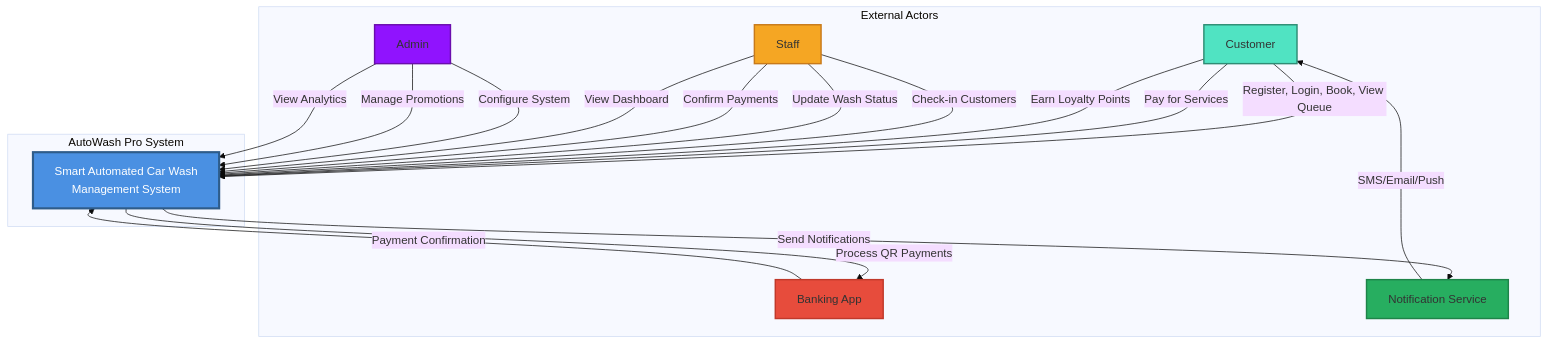
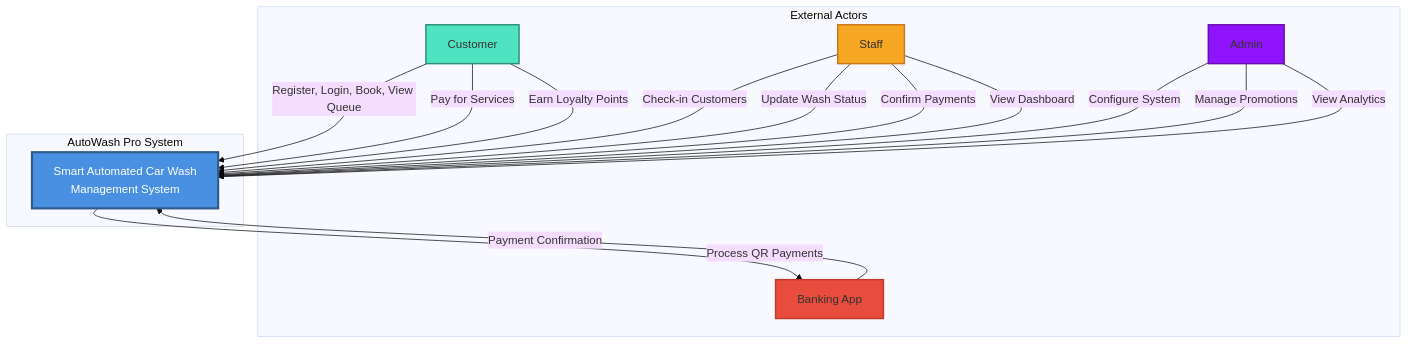
The diagram in CONTEXT_DIAGRAM.md (nguyenvuanhmy2708-sketch/autowash-pro), drawn with Mermaid (base theme) before and after one commit. The commit also changed other lines of this file, not shown here.

````diff
--- a/CONTEXT_DIAGRAM.md
+++ b/CONTEXT_DIAGRAM.md
@@ -5,44 +5,40 @@
 ```mermaid
 graph TB
     subgraph "External Actors"
         Customer["Customer"]
         Staff[" Staff"]
         Admin["Admin"]
         Bank["Banking App"]
-        Notify[" Notification Service"]
     end
     
     subgraph "AutoWash Pro System"
         System["Smart Automated Car Wash<br/>Management System"]
     end
     
     %% Customer interactions
     Customer -->|Register, Login, Book, View Queue| System
     Customer -->|Pay for Services| System
     Customer -->|Earn Loyalty Points| System
     
     %% Staff interactions
     Staff -->|Check-in Customers| System
     Staff -->|Update Wash Status| System
     Staff -->|Confirm Payments| System
     Staff -->|View Dashboard| System
     
     %% Admin interactions
     Admin -->|Configure System| System
     Admin -->|Manage Promotions| System
     Admin -->|View Analytics| System
     
     %% External services
     System -->|Process QR Payments| Bank
     Bank -->|Payment Confirmation| System
     
-    System -->|Send Notifications| Notify
-    Notify -->|SMS/Email/Push| Customer
     
     style System fill:#4A90E2,stroke:#2E5C8A,stroke-width:3px,color:#fff
     style Customer fill:#50E3C2,stroke:#2E8C74,stroke-width:2px
     style Staff fill:#F5A623,stroke:#C87A1A,stroke-width:2px
     style Admin fill:#9013FE,stroke:#6A0DAD,stroke-width:2px
     style Bank fill:#E74C3C,stroke:#C0392B,stroke-width:2px
-    style Notify fill:#27AE60,stroke:#1E8449,stroke-width:2px
 ```
````
